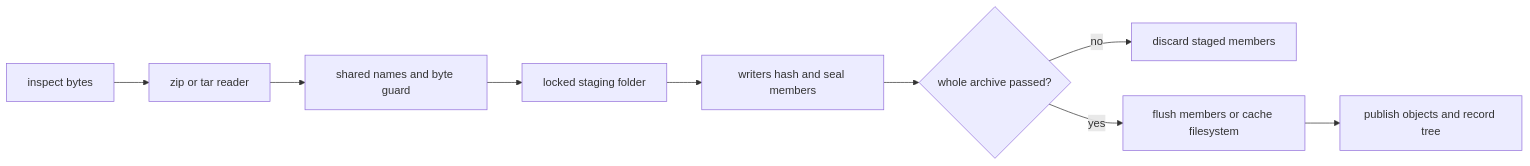
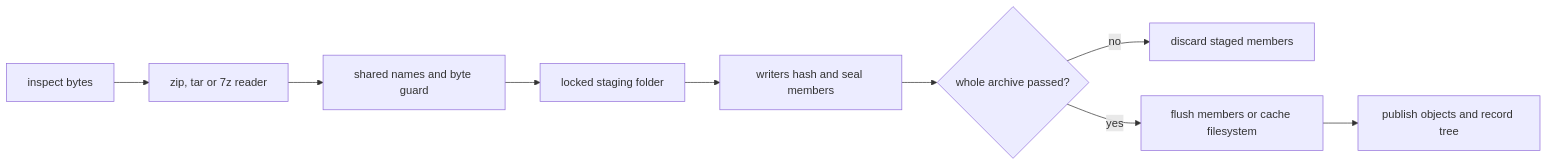
Before and after one commit to nikhil-yn-aix/fetchloom: the diagram in docs/dev/architecture/archives.md, drawn with Mermaid. The commit also changed other lines of this file and 20 other files, not shown here.

````diff
--- a/docs/dev/architecture/archives.md
+++ b/docs/dev/architecture/archives.md
@@ -32,11 +34,11 @@
 ```mermaid
 flowchart LR
-    detect["inspect bytes"] --> reader["zip or tar reader"]
+    detect["inspect bytes"] --> reader["zip, tar or 7z reader"]
     reader --> guard["shared names and byte guard"]
     guard --> stage["locked staging folder"]
     stage --> seal["writers hash and seal members"]
     seal --> passed{"whole archive passed?"}
     passed -->|no| discard["discard staged members"]
     passed -->|yes| flush["flush members or cache filesystem"]
     flush --> publish["publish objects and record tree"]
 ```
````
